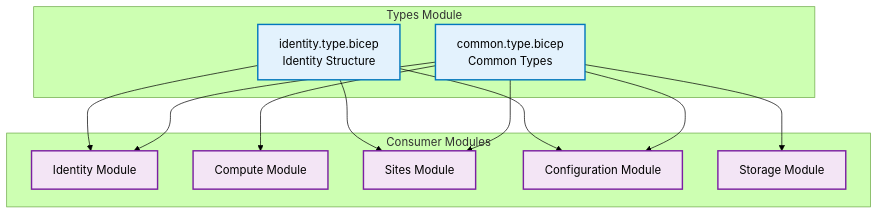
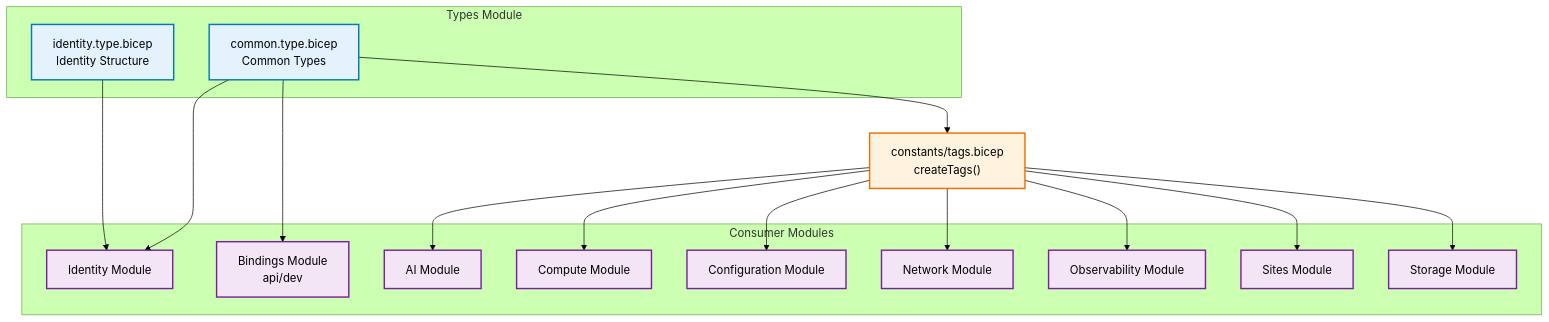
One commit to arolariu/arolariu.ro changed the diagram in infra/Azure/Bicep/types/README.md. Above: the diagram before and after it, drawn with Mermaid (forest theme). The commit also changed other lines of this file and 3 other files, not shown here.

````diff
--- a/infra/Azure/Bicep/types/README.md
+++ b/infra/Azure/Bicep/types/README.md
@@ -25,31 +25,43 @@
 ```mermaid
 graph TB
     subgraph "Types Module"
         IDENTITY_TYPE[identity.type.bicep<br/>Identity Structure]
         COMMON_TYPE[common.type.bicep<br/>Common Types]
     end
 
+    TAGS["constants/tags.bicep<br/>createTags()"]
+
     subgraph "Consumer Modules"
         IDENTITY_MOD[Identity Module]
+        BINDINGS_MOD[Bindings Module<br/>api/dev]
+        AI_MOD[AI Module]
         COMPUTE_MOD[Compute Module]
+        CONFIG_MOD[Configuration Module]
+        NETWORK_MOD[Network Module]
+        OBS_MOD[Observability Module]
         SITES_MOD[Sites Module]
-        CONFIG_MOD[Configuration Module]
         STORAGE_MOD[Storage Module]
     end
 
     IDENTITY_TYPE --> IDENTITY_MOD
-    IDENTITY_TYPE --> CONFIG_MOD
-    IDENTITY_TYPE --> SITES_MOD
 
-    COMMON_TYPE --> COMPUTE_MOD
     COMMON_TYPE --> IDENTITY_MOD
-    COMMON_TYPE --> SITES_MOD
-    COMMON_TYPE --> CONFIG_MOD
-    COMMON_TYPE --> STORAGE_MOD
+    COMMON_TYPE --> BINDINGS_MOD
+    COMMON_TYPE --> TAGS
+
+    TAGS --> AI_MOD
+    TAGS --> COMPUTE_MOD
+    TAGS --> CONFIG_MOD
+    TAGS --> NETWORK_MOD
+    TAGS --> OBS_MOD
+    TAGS --> SITES_MOD
+    TAGS --> STORAGE_MOD
 
     classDef typeFile fill:#e3f2fd,stroke:#0277bd,stroke-width:2px
+    classDef helper fill:#fff3e0,stroke:#ef6c00,stroke-width:2px
     classDef consumer fill:#f3e5f5,stroke:#7b1fa2,stroke-width:2px
 
     class IDENTITY_TYPE,COMMON_TYPE typeFile
-    class IDENTITY_MOD,COMPUTE_MOD,SITES_MOD,CONFIG_MOD,STORAGE_MOD consumer
+    class TAGS helper
+    class IDENTITY_MOD,BINDINGS_MOD,AI_MOD,COMPUTE_MOD,CONFIG_MOD,NETWORK_MOD,OBS_MOD,SITES_MOD,STORAGE_MOD consumer
 ```
````
